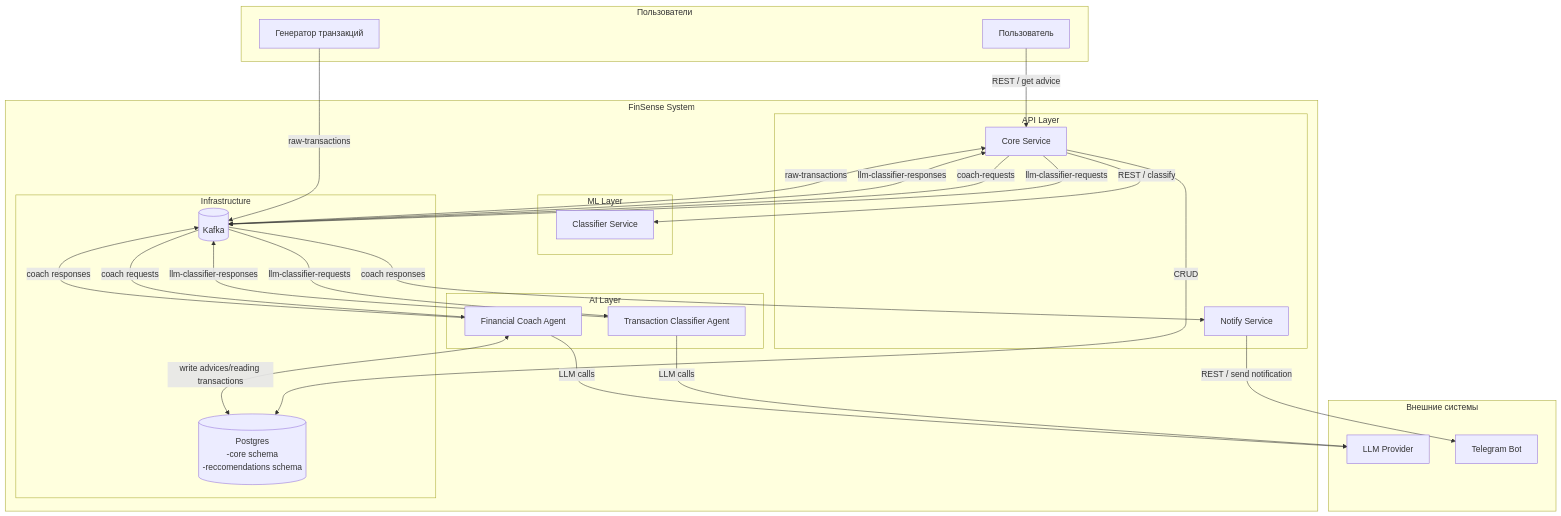
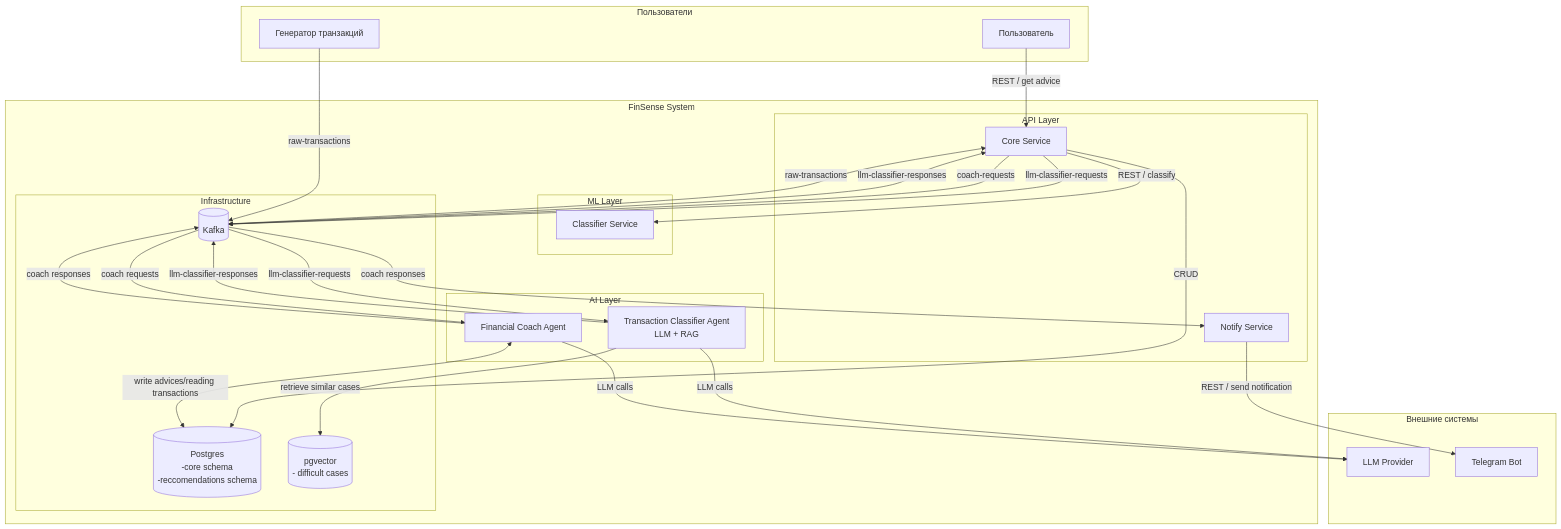
The second of 7 diagrams in docs/architecture_diagrams.md (irunazushan/finSense), drawn with Mermaid before and after one commit. The commit also changed other lines of this file and 13 other files, not shown here.

Commit message:
добавить RAG-обогащение в документацию classifier agent

````diff
--- a/docs/architecture_diagrams.md
+++ b/docs/architecture_diagrams.md
@@ -26,55 +26,57 @@
 ```mermaid
 graph TD
     subgraph "Внешние системы"
         LLM[LLM Provider]
         TG[Telegram Bot]
     end
 
     subgraph "Пользователи"
         User[Пользователь]
         Gen[Генератор транзакций]
     end
 
     subgraph "FinSense System"
         subgraph "API Layer"
             Core[Core Service]
             Notify[Notify Service]
         end
         
         subgraph "ML Layer"
             Classifier[Classifier Service]
         end
         
         subgraph "AI Layer"
-            Reasoning[Transaction Classifier Agent]
+            Reasoning[Transaction Classifier Agent<br/>LLM + RAG]
             Coach[Financial Coach Agent]
         end
         
         subgraph "Infrastructure"
             Kafka[(Kafka)]
             DB[(Postgres<br>-core schema<br>-reccomendations schema)]
+            VectorDB[(pgvector<br>- difficult cases)]
         end
     end
 
     User -->|REST / get advice| Core
     Gen -->|raw-transactions| Kafka
     
     Core -->|REST / classify| Classifier
     Core -->|llm‑classifier‑requests| Kafka
     Core -->| coach‑requests| Kafka
     Core -->|CRUD| DB
     Kafka -->|llm‑classifier‑responses| Core
     Kafka -->|raw-transactions | Core
     
     Reasoning -->| llm‑classifier‑responses| Kafka
+    Reasoning -->|retrieve similar cases| VectorDB
     Reasoning -->|LLM calls| LLM
     Kafka -->|llm‑classifier‑requests| Reasoning
     
     Coach -->|LLM calls| LLM
     Coach <-->|write advices/reading transactions| DB
     Coach -->|coach responses| Kafka
     Kafka -->|coach requests| Coach
 
     Notify -->|REST / send notification| TG
     Kafka -->|coach responses| Notify
 ```
````
